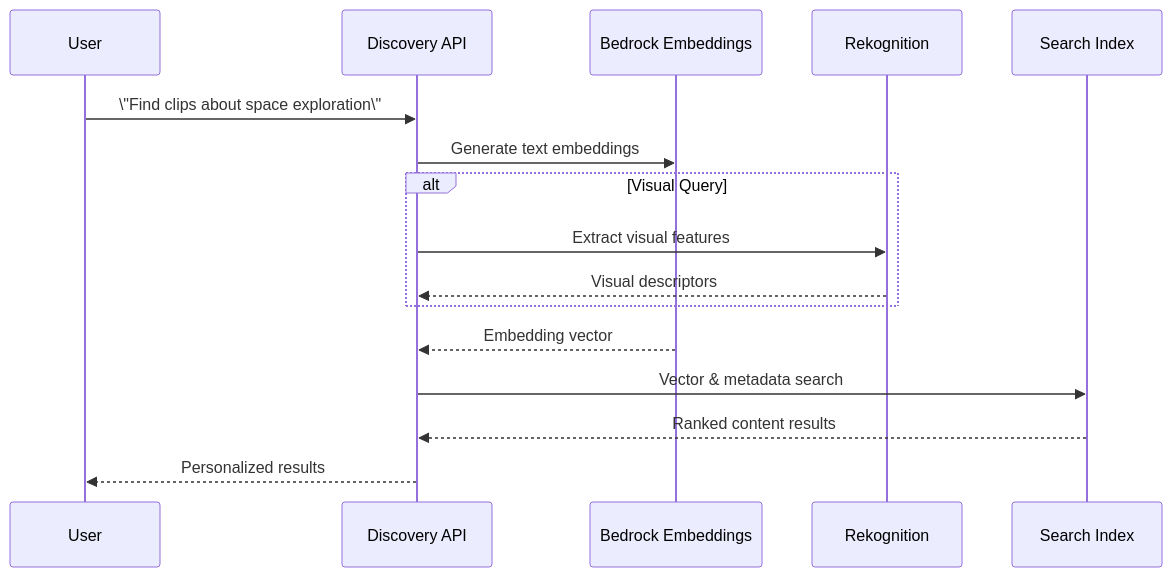
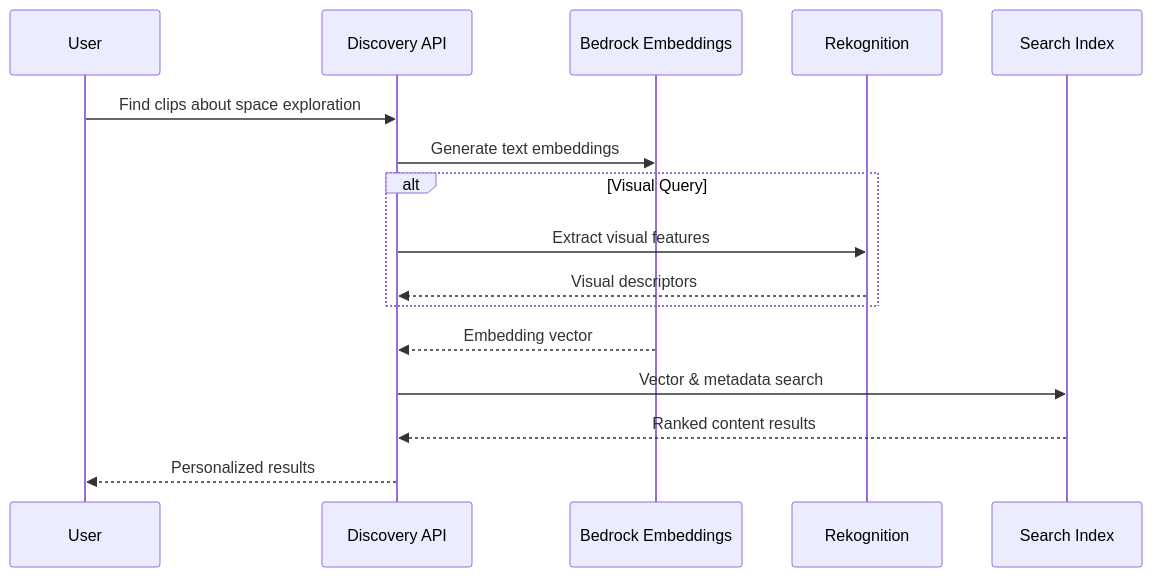
The ninth of 11 diagrams in genAI-labs/media-entertainment/architecture.md (pxkundu/aws-genai-labs-builder), drawn with Mermaid before and after one commit. The commit also changed other lines of this file, not shown here.

Commit message:
Fix mermaid diagram syntax errors in architecture.md

````diff
--- a/genAI-labs/media-entertainment/architecture.md
+++ b/genAI-labs/media-entertainment/architecture.md
@@ -405,19 +405,19 @@
 ```mermaid
 sequenceDiagram
     participant User
     participant API as Discovery API
     participant Bedrock as Bedrock Embeddings
     participant Rek as Rekognition
     participant Index as Search Index
 
-    User->>API: \"Find clips about space exploration\"
+    User->>API: Find clips about space exploration
     API->>Bedrock: Generate text embeddings
     alt Visual Query
         API->>Rek: Extract visual features
         Rek-->>API: Visual descriptors
     end
     Bedrock-->>API: Embedding vector
     API->>Index: Vector & metadata search
     Index-->>API: Ranked content results
     API-->>User: Personalized results
 ```
````
